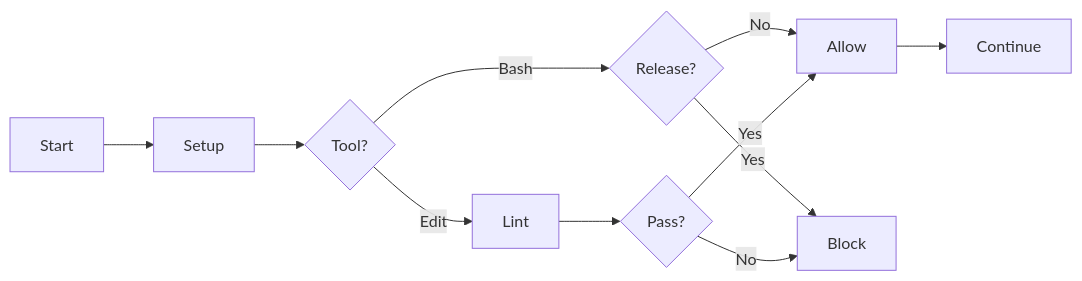
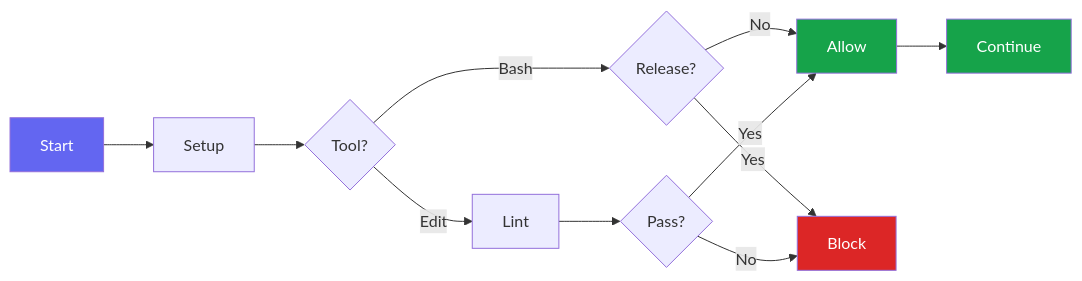
The second of 4 diagrams in README.md (blueraai/bluera-base), drawn with Mermaid before and after one commit. The commit also changed other lines of this file and 1 other file, not shown here.

First line of the commit message:
fix(mermaid): restore node colors using style directives

````diff
--- a/README.md
+++ b/README.md
@@ -93,13 +96,18 @@
 ```mermaid
 flowchart LR
     A[Start] --> B[Setup]
     B --> C{Tool?}
     C -->|Bash| D{Release?}
     C -->|Edit| E[Lint]
     D -->|No| F[Allow]
     D -->|Yes| G[Block]
     E --> H{Pass?}
     H -->|No| G
     H -->|Yes| F
     F --> I[Continue]
+
+    style A fill:#6366f1,color:#fff
+    style G fill:#dc2626,color:#fff
+    style F fill:#16a34a,color:#fff
+    style I fill:#16a34a,color:#fff
 ```
````
